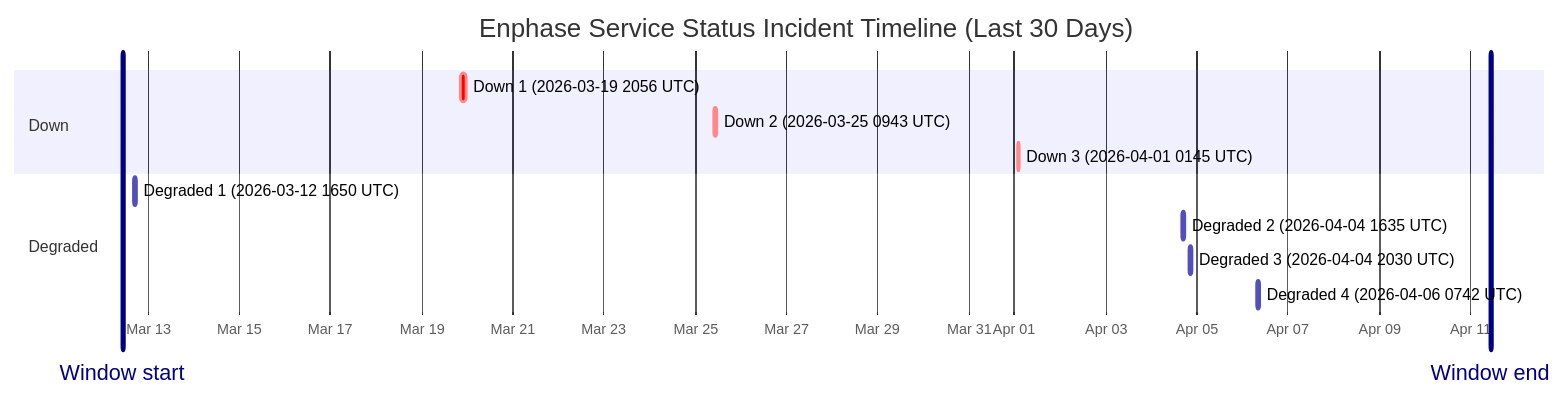
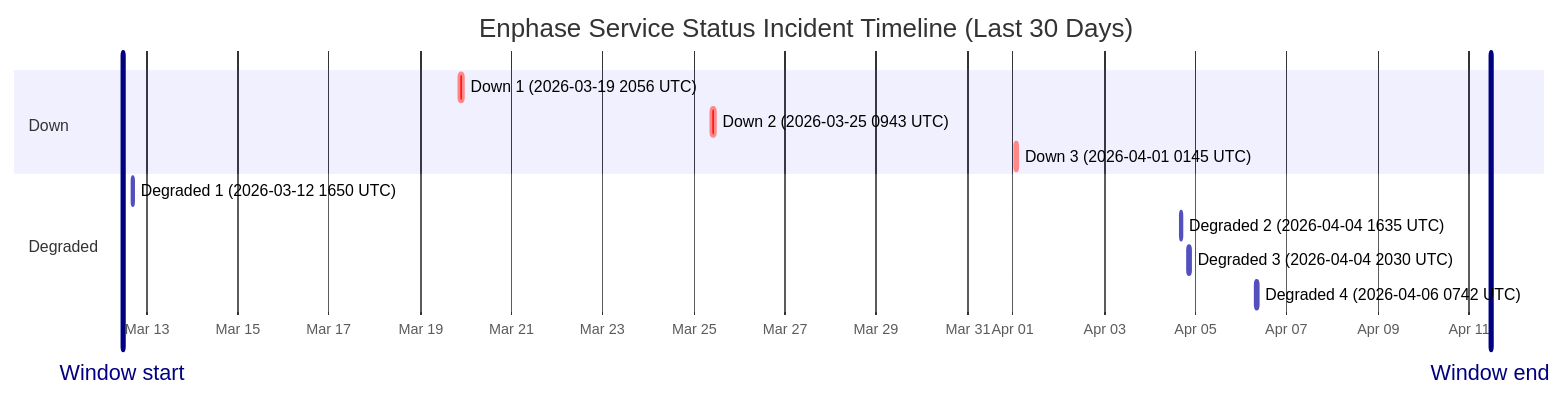
One commit to barneyonline/ha-enphase-ev-charger changed the diagram in wiki/Service-Status-History.md. Above: the diagram before and after it, drawn with Mermaid. The commit also changed other lines of this file and 3 other files, not shown here.

````diff
--- a/wiki/Service-Status-History.md
+++ b/wiki/Service-Status-History.md
@@ -14,17 +14,17 @@
 ```mermaid
 gantt
     title Enphase Service Status Incident Timeline (Last 30 Days)
     dateFormat  YYYY-MM-DDTHH:mm:ss
     axisFormat  %b %d
-    Window start :vert, window-start, 2026-03-12T10:33:06, 0ms
-    Window end :vert, window-end, 2026-04-11T10:33:06, 0ms
+    Window start :vert, window-start, 2026-03-12T11:29:33, 0ms
+    Window end :vert, window-end, 2026-04-11T11:29:33, 0ms
     section Down
     Down 1 (2026-03-19 2056 UTC) :crit, down-1, 2026-03-19T20:56:20, 145m
     Down 2 (2026-03-25 0943 UTC) :crit, down-2, 2026-03-25T09:43:28, 111m
     Down 3 (2026-04-01 0145 UTC) :crit, down-3, 2026-04-01T01:45:09, 60m
     section Degraded
     Degraded 1 (2026-03-12 1650 UTC) :active, degraded-1, 2026-03-12T16:50:43, 60m
     Degraded 2 (2026-04-04 1635 UTC) :active, degraded-2, 2026-04-04T16:35:17, 60m
     Degraded 3 (2026-04-04 2030 UTC) :active, degraded-3, 2026-04-04T20:30:40, 60m
     Degraded 4 (2026-04-06 0742 UTC) :active, degraded-4, 2026-04-06T07:42:09, 85m
 ```
````
